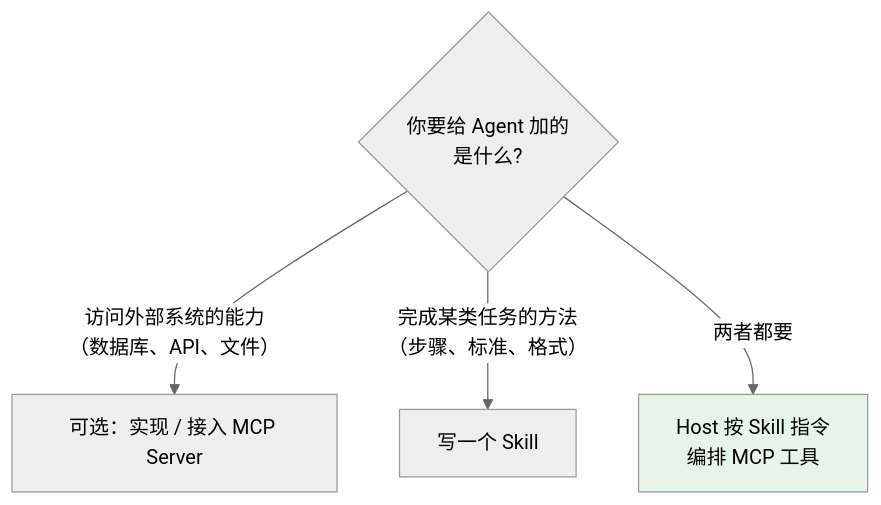
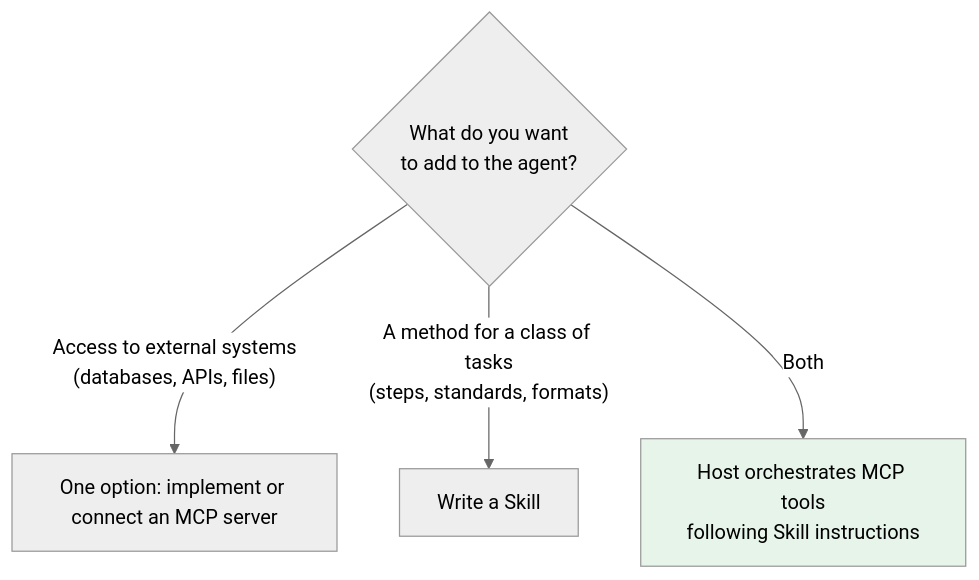
The third of 4 diagrams in docs/tools/03-skills/09-skill-vs-mcp.md (oneleaveknowsthefall/awesome-ai-roadmap), drawn with Mermaid (neutral theme) before and after one commit. The commit also changed other lines of this file and 42 other files, not shown here.

````diff
--- a/docs/tools/03-skills/09-skill-vs-mcp.md
+++ b/docs/tools/03-skills/09-skill-vs-mcp.md
@@ -103,9 +103,9 @@
 ```mermaid
 flowchart TB
-    Q{"你要给 Agent 加的<br/>是什么?"}
-    Q -->|"访问外部系统的能力<br/>（数据库、API、文件）"| MCP["可选：实现 / 接入 MCP Server"]
-    Q -->|"完成某类任务的方法<br/>（步骤、标准、格式）"| SKILL["写一个 Skill"]
-    Q -->|"两者都要"| BOTH["Host 按 Skill 指令<br/>编排 MCP 工具"]
+    Q{"What do you want<br/>to add to the agent?"}
+    Q -->|"Access to external systems<br/>(databases, APIs, files)"| MCP["One option: implement or connect an MCP server"]
+    Q -->|"A method for a class of tasks<br/>(steps, standards, formats)"| SKILL["Write a Skill"]
+    Q -->|"Both"| BOTH["Host orchestrates MCP tools<br/>following Skill instructions"]
 
     style BOTH fill:#e6f4ea
 ```
````
